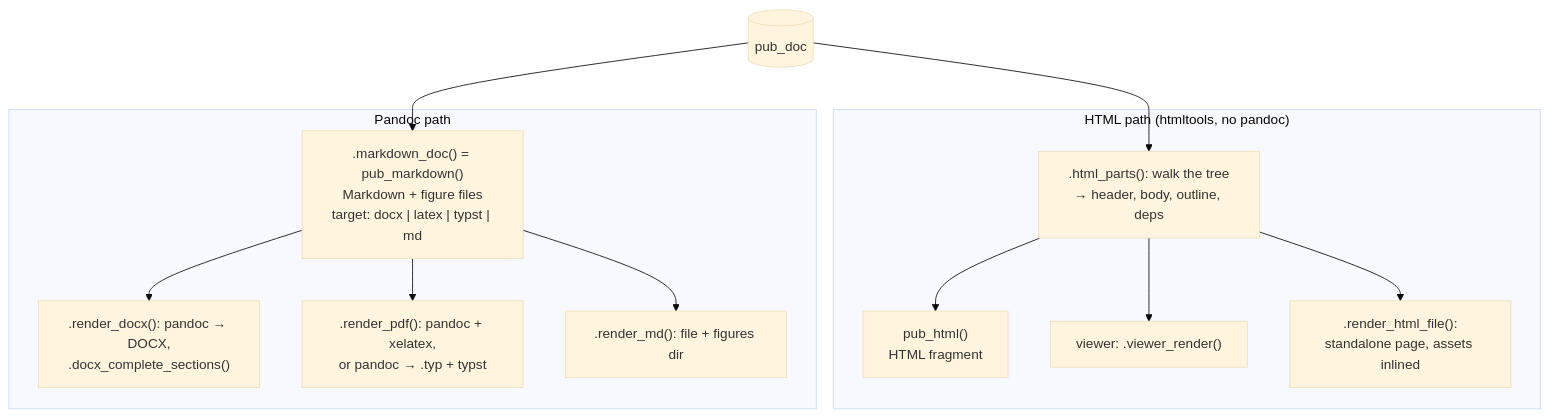
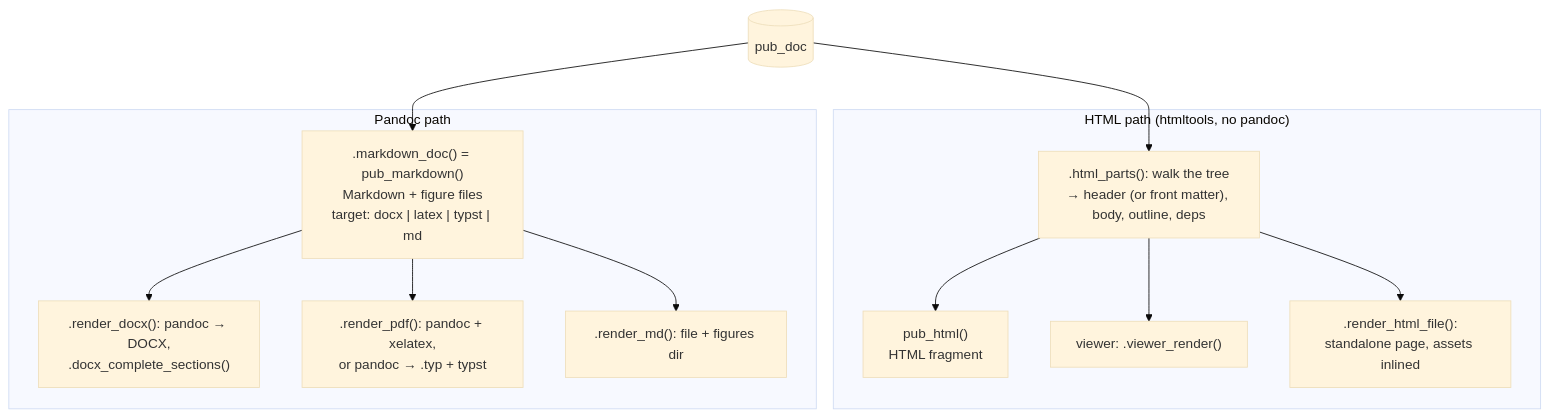
The eighth of 12 diagrams in dev/ARCHITECTURE.md (rpahl/pubflow), drawn with Mermaid (base theme) before and after one commit. The commit also changed other lines of this file and 3 other files, not shown here.

Commit message:
docs: document front matter of documents (D56)

````diff
--- a/dev/ARCHITECTURE.md
+++ b/dev/ARCHITECTURE.md
@@ -417,24 +417,24 @@
 ```mermaid
 flowchart TB
     doc[("pub_doc")]
     subgraph html["HTML path (htmltools, no pandoc)"]
-        parts[".html_parts(): walk the tree<br/>→ header, body, outline, deps"]
+        parts[".html_parts(): walk the tree<br/>→ header (or front matter), body, outline, deps"]
         pubhtml["pub_html()<br/>HTML fragment"]
         vw["viewer: .viewer_render()"]
         file1[".render_html_file():<br/>standalone page, assets inlined"]
     end
     subgraph pandoc["Pandoc path"]
         md[".markdown_doc() = pub_markdown()<br/>Markdown + figure files<br/>target: docx | latex | typst | md"]
         rdocx[".render_docx(): pandoc → DOCX,<br/>.docx_complete_sections()"]
         rpdf[".render_pdf(): pandoc + xelatex,<br/>or pandoc → .typ + typst"]
         rmd[".render_md(): file + figures dir"]
     end
     doc --> parts
     parts --> pubhtml
     parts --> vw
     parts --> file1
     doc --> md
     md --> rdocx
     md --> rpdf
     md --> rmd
 ```
````
